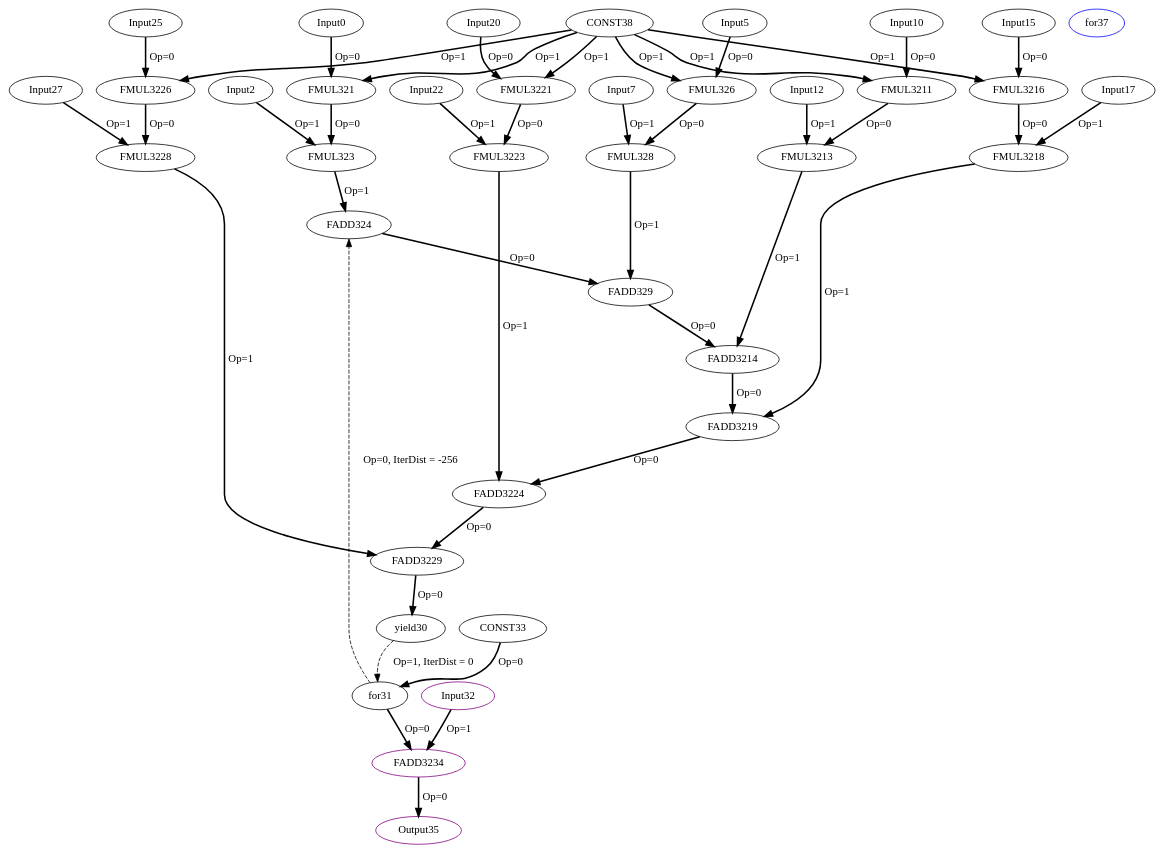
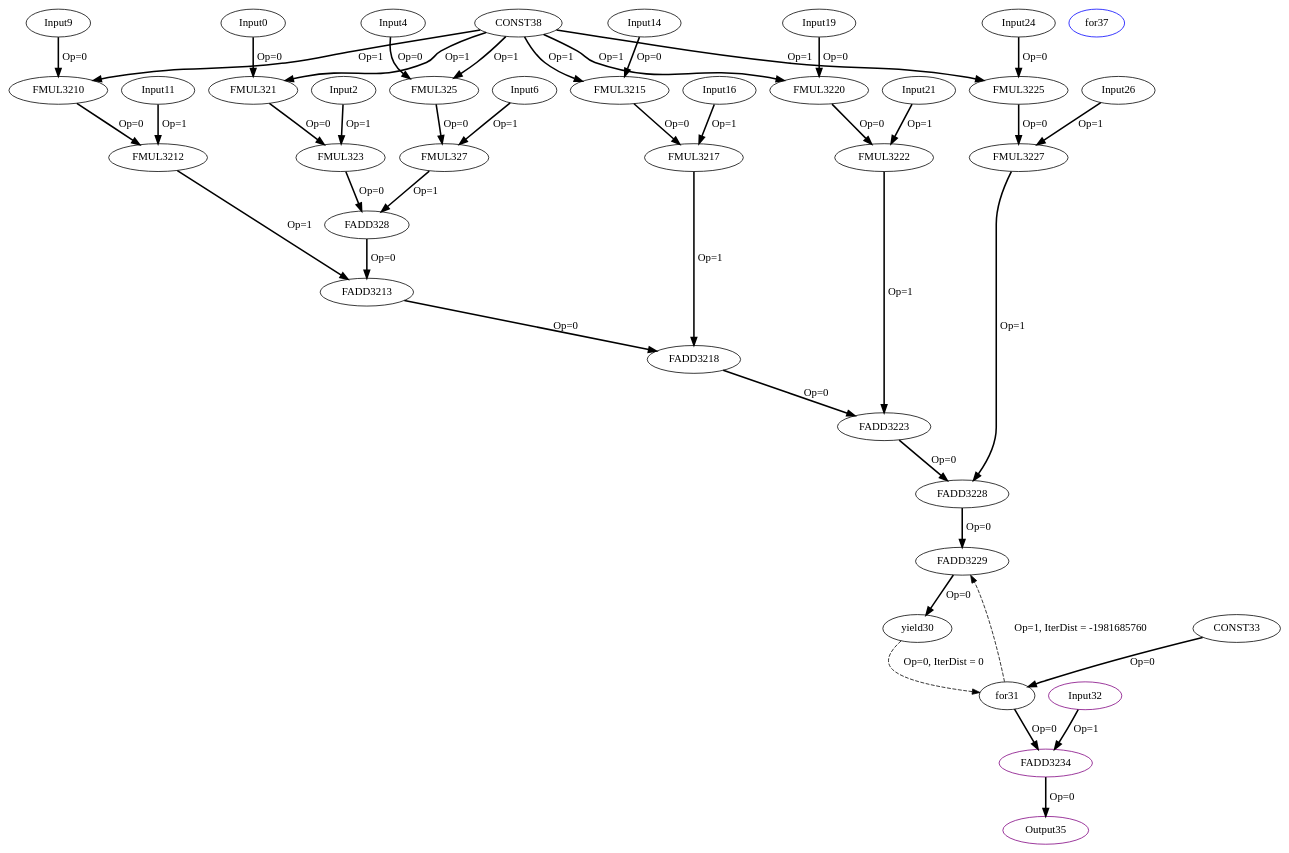
One commit to MIONkb/adora-compiler changed the diagram in experiment/Cbenchmarks/Polybench/linear-algebra/blas/gemm/IR/tempfiles/kernel_gemm_1_6_1_1_1_CDFG.dot. Above: the diagram before and after it, drawn with Graphviz. The commit also changed 135 other files, not shown here.

```diff
--- a/experiment/Cbenchmarks/Polybench/linear-algebra/blas/gemm/IR/tempfiles/kernel_gemm_1_6_1_1_1_CDFG.dot
+++ b/experiment/Cbenchmarks/Polybench/linear-algebra/blas/gemm/IR/tempfiles/kernel_gemm_1_6_1_1_1_CDFG.dot
@@ -1,82 +1,82 @@
 Digraph G {
 Input0[opcode = "Input", ref_name="kernel_gemm_1_1", size="120", offset="0,0", pattern="24,5,-96,25", color = black];
 FMUL321[opcode = "FMUL32", color = black];
 Input2[opcode = "Input", ref_name="kernel_gemm_1_2", size="3000", offset="0,0", pattern="600,5,-2396,25", color = black];
 FMUL323[opcode = "FMUL32", color = black];
-FADD324[opcode = "FADD32", color = black];
-Input5[opcode = "Input", ref_name="kernel_gemm_1_1", size="120", offset="0,4", pattern="24,5,-96,25", color = black];
-FMUL326[opcode = "FMUL32", color = black];
-Input7[opcode = "Input", ref_name="kernel_gemm_1_2", size="3000", offset="0,100", pattern="600,5,-2396,25", color = black];
-FMUL328[opcode = "FMUL32", color = black];
-FADD329[opcode = "FADD32", color = black];
-Input10[opcode = "Input", ref_name="kernel_gemm_1_1", size="120", offset="0,8", pattern="24,5,-96,25", color = black];
-FMUL3211[opcode = "FMUL32", color = black];
-Input12[opcode = "Input", ref_name="kernel_gemm_1_2", size="3000", offset="0,200", pattern="600,5,-2396,25", color = black];
-FMUL3213[opcode = "FMUL32", color = black];
-FADD3214[opcode = "FADD32", color = black];
-Input15[opcode = "Input", ref_name="kernel_gemm_1_1", size="120", offset="0,12", pattern="24,5,-96,25", color = black];
-FMUL3216[opcode = "FMUL32", color = black];
-Input17[opcode = "Input", ref_name="kernel_gemm_1_2", size="3000", offset="0,300", pattern="600,5,-2396,25", color = black];
-FMUL3218[opcode = "FMUL32", color = black];
-FADD3219[opcode = "FADD32", color = black];
-Input20[opcode = "Input", ref_name="kernel_gemm_1_1", size="120", offset="0,16", pattern="24,5,-96,25", color = black];
-FMUL3221[opcode = "FMUL32", color = black];
-Input22[opcode = "Input", ref_name="kernel_gemm_1_2", size="3000", offset="0,400", pattern="600,5,-2396,25", color = black];
-FMUL3223[opcode = "FMUL32", color = black];
-FADD3224[opcode = "FADD32", color = black];
-Input25[opcode = "Input", ref_name="kernel_gemm_1_1", size="120", offset="0,20", pattern="24,5,-96,25", color = black];
-FMUL3226[opcode = "FMUL32", color = black];
-Input27[opcode = "Input", ref_name="kernel_gemm_1_2", size="3000", offset="0,500", pattern="600,5,-2396,25", color = black];
-FMUL3228[opcode = "FMUL32", color = black];
+Input4[opcode = "Input", ref_name="kernel_gemm_1_1", size="120", offset="0,4", pattern="24,5,-96,25", color = black];
+FMUL325[opcode = "FMUL32", color = black];
+Input6[opcode = "Input", ref_name="kernel_gemm_1_2", size="3000", offset="0,100", pattern="600,5,-2396,25", color = black];
+FMUL327[opcode = "FMUL32", color = black];
+FADD328[opcode = "FADD32", color = black];
+Input9[opcode = "Input", ref_name="kernel_gemm_1_1", size="120", offset="0,8", pattern="24,5,-96,25", color = black];
+FMUL3210[opcode = "FMUL32", color = black];
+Input11[opcode = "Input", ref_name="kernel_gemm_1_2", size="3000", offset="0,200", pattern="600,5,-2396,25", color = black];
+FMUL3212[opcode = "FMUL32", color = black];
+FADD3213[opcode = "FADD32", color = black];
+Input14[opcode = "Input", ref_name="kernel_gemm_1_1", size="120", offset="0,12", pattern="24,5,-96,25", color = black];
+FMUL3215[opcode = "FMUL32", color = black];
+Input16[opcode = "Input", ref_name="kernel_gemm_1_2", size="3000", offset="0,300", pattern="600,5,-2396,25", color = black];
+FMUL3217[opcode = "FMUL32", color = black];
+FADD3218[opcode = "FADD32", color = black];
+Input19[opcode = "Input", ref_name="kernel_gemm_1_1", size="120", offset="0,16", pattern="24,5,-96,25", color = black];
+FMUL3220[opcode = "FMUL32", color = black];
+Input21[opcode = "Input", ref_name="kernel_gemm_1_2", size="3000", offset="0,400", pattern="600,5,-2396,25", color = black];
+FMUL3222[opcode = "FMUL32", color = black];
+FADD3223[opcode = "FADD32", color = black];
+Input24[opcode = "Input", ref_name="kernel_gemm_1_1", size="120", offset="0,20", pattern="24,5,-96,25", color = black];
+FMUL3225[opcode = "FMUL32", color = black];
+Input26[opcode = "Input", ref_name="kernel_gemm_1_2", size="3000", offset="0,500", pattern="600,5,-2396,25", color = black];
+FMUL3227[opcode = "FMUL32", color = black];
+FADD3228[opcode = "FADD32", color = black];
 FADD3229[opcode = "FADD32", color = black];
 yield30[opcode = "yield", color = black];
 for31[opcode = "for", color = black];
 Input32[opcode = "Input", ref_name="kernel_gemm_1_0", size="100", offset="0,0", pattern="0,5,4,25", color = purple];
 CONST33[opcode = "CONST", value="0x00000000", color = black];
 FADD3234[opcode = "FADD32", color = purple];
 Output35[opcode = "Output", ref_name="kernel_gemm_1_3", size="100", offset="0,0", pattern="0,5,4,25", color = purple];
 for37[opcode = "for", color = blue];
 CONST38[opcode = "CONST", value="0x3FC00000", color = black];
 Input0 -> FMUL321[color = black, style = bold, operand = 0, label = "Op=0"];
 CONST38 -> FMUL321[color = black, style = bold, operand = 1, label = "Op=1"];
 FMUL321 -> FMUL323[color = black, style = bold, operand = 0, label = "Op=0"];
 Input2 -> FMUL323[color = black, style = bold, operand = 1, label = "Op=1"];
-for31 -> FADD324[color = black, style = dashed, operand = 0, iterdist = -256, label = "Op=0, IterDist = -256"];
-FMUL323 -> FADD324[color = black, style = bold, operand = 1, label = "Op=1"];
-Input5 -> FMUL326[color = black, style = bold, operand = 0, label = "Op=0"];
-CONST38 -> FMUL326[color = black, style = bold, operand = 1, label = "Op=1"];
-FMUL326 -> FMUL328[color = black, style = bold, operand = 0, label = "Op=0"];
-Input7 -> FMUL328[color = black, style = bold, operand = 1, label = "Op=1"];
-FADD324 -> FADD329[color = black, style = bold, operand = 0, label = "Op=0"];
-FMUL328 -> FADD329[color = black, style = bold, operand = 1, label = "Op=1"];
-Input10 -> FMUL3211[color = black, style = bold, operand = 0, label = "Op=0"];
-CONST38 -> FMUL3211[color = black, style = bold, operand = 1, label = "Op=1"];
-FMUL3211 -> FMUL3213[color = black, style = bold, operand = 0, label = "Op=0"];
-Input12 -> FMUL3213[color = black, style = bold, operand = 1, label = "Op=1"];
-FADD329 -> FADD3214[color = black, style = bold, operand = 0, label = "Op=0"];
-FMUL3213 -> FADD3214[color = black, style = bold, operand = 1, label = "Op=1"];
-Input15 -> FMUL3216[color = black, style = bold, operand = 0, label = "Op=0"];
-CONST38 -> FMUL3216[color = black, style = bold, operand = 1, label = "Op=1"];
-FMUL3216 -> FMUL3218[color = black, style = bold, operand = 0, label = "Op=0"];
-Input17 -> FMUL3218[color = black, style = bold, operand = 1, label = "Op=1"];
-FADD3214 -> FADD3219[color = black, style = bold, operand = 0, label = "Op=0"];
-FMUL3218 -> FADD3219[color = black, style = bold, operand = 1, label = "Op=1"];
-Input20 -> FMUL3221[color = black, style = bold, operand = 0, label = "Op=0"];
-CONST38 -> FMUL3221[color = black, style = bold, operand = 1, label = "Op=1"];
-FMUL3221 -> FMUL3223[color = black, style = bold, operand = 0, label = "Op=0"];
-Input22 -> FMUL3223[color = black, style = bold, operand = 1, label = "Op=1"];
-FADD3219 -> FADD3224[color = black, style = bold, operand = 0, label = "Op=0"];
-FMUL3223 -> FADD3224[color = black, style = bold, operand = 1, label = "Op=1"];
-Input25 -> FMUL3226[color = black, style = bold, operand = 0, label = "Op=0"];
-CONST38 -> FMUL3226[color = black, style = bold, operand = 1, label = "Op=1"];
-FMUL3226 -> FMUL3228[color = black, style = bold, operand = 0, label = "Op=0"];
-Input27 -> FMUL3228[color = black, style = bold, operand = 1, label = "Op=1"];
-FADD3224 -> FADD3229[color = black, style = bold, operand = 0, label = "Op=0"];
-FMUL3228 -> FADD3229[color = black, style = bold, operand = 1, label = "Op=1"];
+Input4 -> FMUL325[color = black, style = bold, operand = 0, label = "Op=0"];
+CONST38 -> FMUL325[color = black, style = bold, operand = 1, label = "Op=1"];
+FMUL325 -> FMUL327[color = black, style = bold, operand = 0, label = "Op=0"];
+Input6 -> FMUL327[color = black, style = bold, operand = 1, label = "Op=1"];
+FMUL323 -> FADD328[color = black, style = bold, operand = 0, label = "Op=0"];
+FMUL327 -> FADD328[color = black, style = bold, operand = 1, label = "Op=1"];
+Input9 -> FMUL3210[color = black, style = bold, operand = 0, label = "Op=0"];
+CONST38 -> FMUL3210[color = black, style = bold, operand = 1, label = "Op=1"];
+FMUL3210 -> FMUL3212[color = black, style = bold, operand = 0, label = "Op=0"];
+Input11 -> FMUL3212[color = black, style = bold, operand = 1, label = "Op=1"];
+FADD328 -> FADD3213[color = black, style = bold, operand = 0, label = "Op=0"];
+FMUL3212 -> FADD3213[color = black, style = bold, operand = 1, label = "Op=1"];
+Input14 -> FMUL3215[color = black, style = bold, operand = 0, label = "Op=0"];
+CONST38 -> FMUL3215[color = black, style = bold, operand = 1, label = "Op=1"];
+FMUL3215 -> FMUL3217[color = black, style = bold, operand = 0, label = "Op=0"];
+Input16 -> FMUL3217[color = black, style = bold, operand = 1, label = "Op=1"];
+FADD3213 -> FADD3218[color = black, style = bold, operand = 0, label = "Op=0"];
+FMUL3217 -> FADD3218[color = black, style = bold, operand = 1, label = "Op=1"];
+Input19 -> FMUL3220[color = black, style = bold, operand = 0, label = "Op=0"];
+CONST38 -> FMUL3220[color = black, style = bold, operand = 1, label = "Op=1"];
+FMUL3220 -> FMUL3222[color = black, style = bold, operand = 0, label = "Op=0"];
+Input21 -> FMUL3222[color = black, style = bold, operand = 1, label = "Op=1"];
+FADD3218 -> FADD3223[color = black, style = bold, operand = 0, label = "Op=0"];
+FMUL3222 -> FADD3223[color = black, style = bold, operand = 1, label = "Op=1"];
+Input24 -> FMUL3225[color = black, style = bold, operand = 0, label = "Op=0"];
+CONST38 -> FMUL3225[color = black, style = bold, operand = 1, label = "Op=1"];
+FMUL3225 -> FMUL3227[color = black, style = bold, operand = 0, label = "Op=0"];
+Input26 -> FMUL3227[color = black, style = bold, operand = 1, label = "Op=1"];
+FADD3223 -> FADD3228[color = black, style = bold, operand = 0, label = "Op=0"];
+FMUL3227 -> FADD3228[color = black, style = bold, operand = 1, label = "Op=1"];
+FADD3228 -> FADD3229[color = black, style = bold, operand = 0, label = "Op=0"];
+for31 -> FADD3229[color = black, style = dashed, operand = 1, iterdist = -1981685760, label = "Op=1, IterDist = -1981685760"];
 FADD3229 -> yield30[color = black, style = bold, operand = 0, label = "Op=0"];
 CONST33 -> for31[color = black, style = bold, operand = 0, label = "Op=0"];
 for31 -> FADD3234[color = black, style = bold, operand = 0, label = "Op=0"];
 Input32 -> FADD3234[color = black, style = bold, operand = 1, label = "Op=1"];
 FADD3234 -> Output35[color = black, style = bold, operand = 0, label = "Op=0"];
-yield30 -> for31[color = black, style = dashed, operand = 1, iterdist = 0, label = "Op=1, IterDist = 0"];
+yield30 -> for31[color = black, style = dashed, operand = 0, iterdist = 0, label = "Op=0, IterDist = 0"];
 }
```
